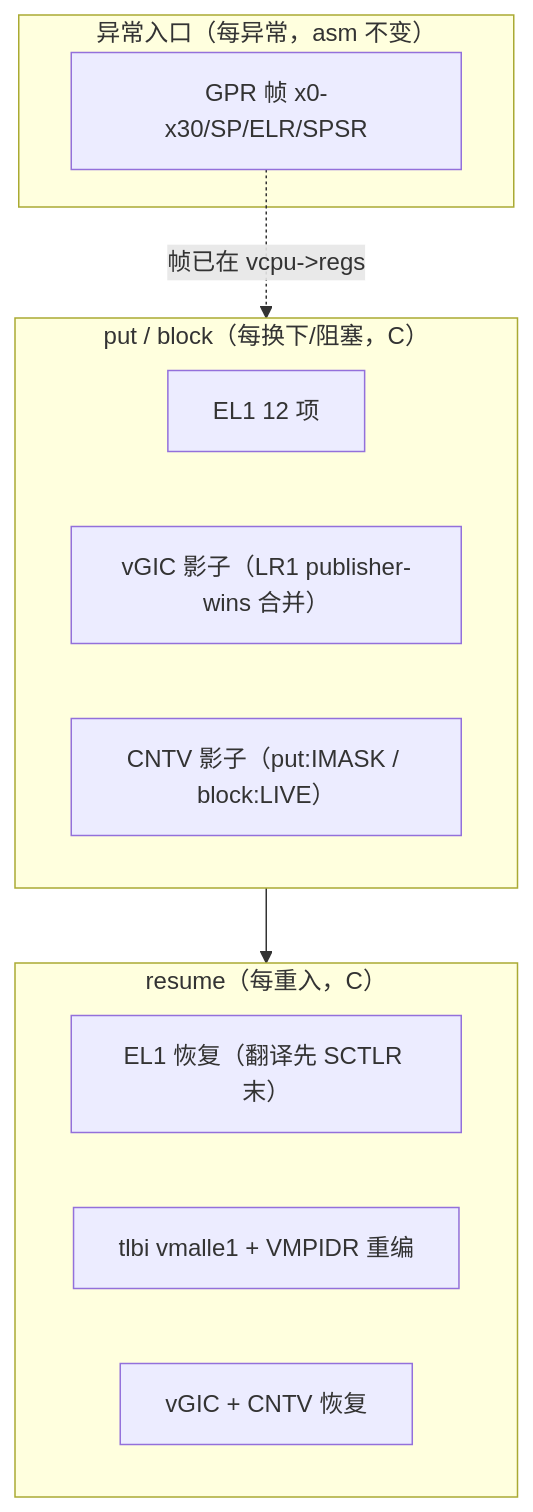
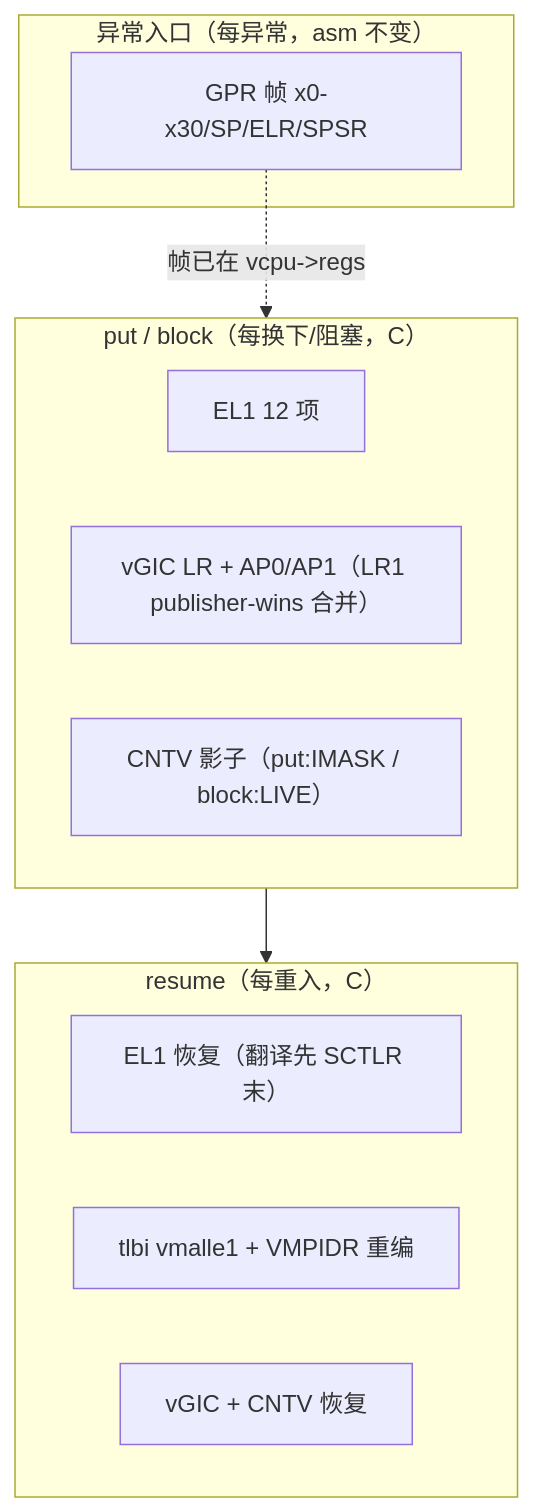
The diagram in docs/adr/0019-two-layer-state-division.md (James7zy/hypervisor), drawn with Mermaid before and after one commit. The commit also changed other lines of this file and 9 other files, not shown here.

````diff
--- a/docs/adr/0019-two-layer-state-division.md
+++ b/docs/adr/0019-two-layer-state-division.md
@@ -38,18 +48,18 @@
 ```mermaid
 flowchart TB
     subgraph ASM["异常入口（每异常，asm 不变）"]
         GPR["GPR 帧 x0-x30/SP/ELR/SPSR"]
     end
     subgraph PUT["put / block（每换下/阻塞，C）"]
         EL1["EL1 12 项"]
-        VGIC["vGIC 影子（LR1 publisher-wins 合并）"]
+        VGIC["vGIC LR + AP0/AP1（LR1 publisher-wins 合并）"]
         CNTV["CNTV 影子（put:IMASK / block:LIVE）"]
     end
     subgraph RES["resume（每重入，C）"]
         R1["EL1 恢复（翻译先 SCTLR 末）"]
         R2["tlbi vmalle1 + VMPIDR 重编"]
         R3["vGIC + CNTV 恢复"]
     end
     GPR -.帧已在 vcpu->regs.-> PUT
     PUT --> RES
 ```
````
